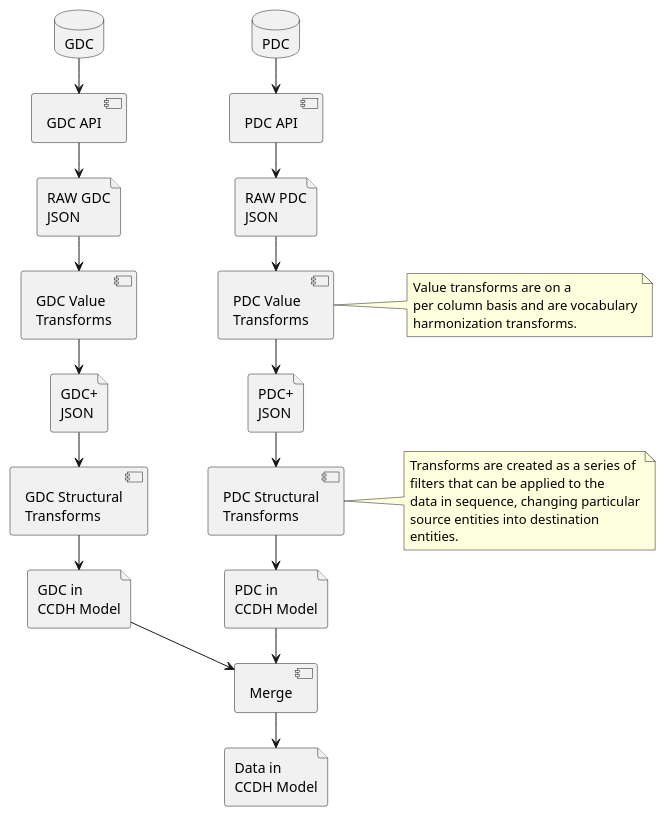
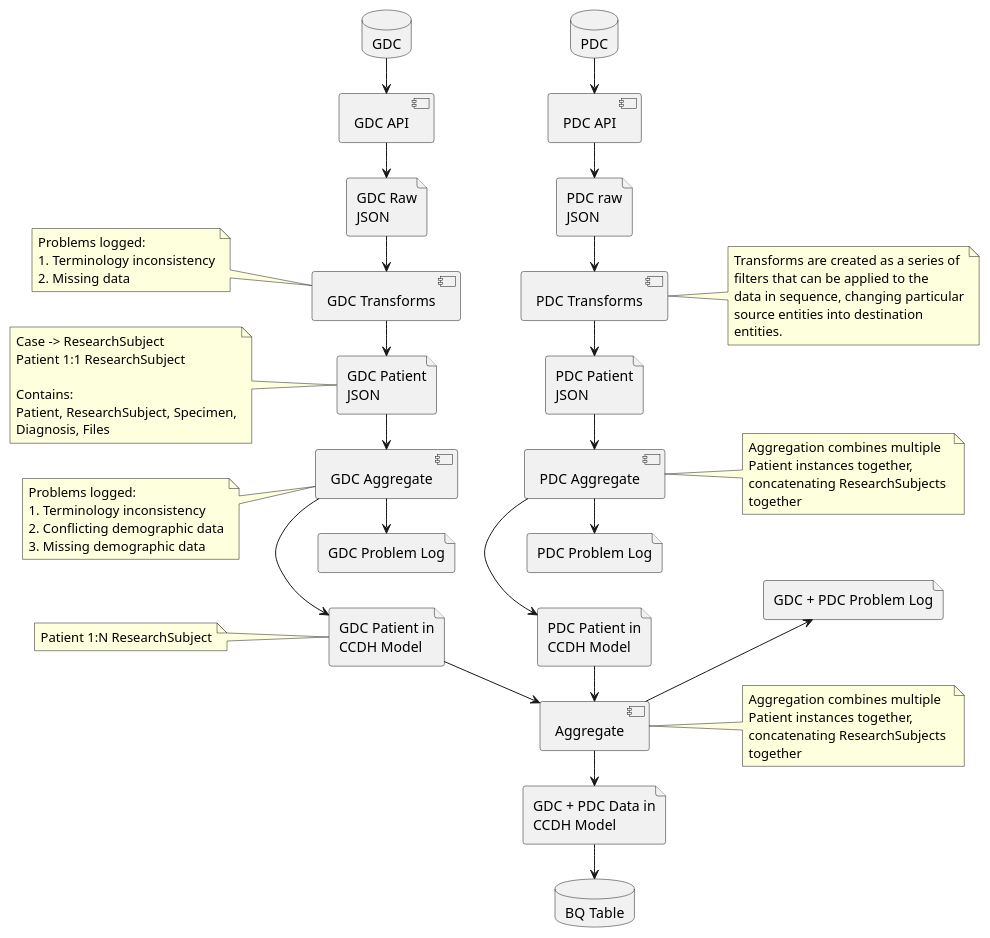
Before and after one commit to CancerDataAggregator/transform: the diagram in flow.puml, drawn with PlantUML. The commit also changed 1 other file, not shown here.

Commit message:
Update ETL flow diagram.

```diff
--- a/flow.puml
+++ b/flow.puml
@@ -1,58 +1,104 @@
 @startuml overallflow
 
 left to right direction
 
 database GDC
 component "GDC API" as gdc_api
-file "RAW GDC\nJSON" as raw_gdc_json
-component "GDC Value\nTransforms" as gdc_val_xform
-file "GDC+\nJSON" as gdc_plus_json
-component "GDC Structural\nTransforms" as gdc_s_xform
-file "GDC in\nCCDH Model" as gdc_cda_model
+file "GDC Raw\nJSON" as raw_gdc_json
+component "GDC Transforms" as gdc_xform
+note left
+Problems logged:
+1. Terminology inconsistency
+2. Missing data
+end note
+file "GDC Patient\nJSON" as gdc_patient_json
+note left
+Case -> ResearchSubject
+Patient 1:1 ResearchSubject
+
+Contains:
+Patient, ResearchSubject, Specimen,
+Diagnosis, Files
+end note
+component "GDC Aggregate" as gdc_aggregate
+note left
+Problems logged:
+1. Terminology inconsistency
+2. Conflicting demographic data
+3. Missing demographic data
+end note
+file "GDC Patient in\nCCDH Model" as gdc_cda_model
+note left
+Patient 1:N ResearchSubject
+end note
+
+file "GDC Problem Log" as gdc_problem_log
 
 GDC -> gdc_api 
 gdc_api -> raw_gdc_json
-raw_gdc_json -> gdc_val_xform 
-gdc_val_xform -> gdc_plus_json
-gdc_plus_json -> gdc_s_xform
-gdc_s_xform -> gdc_cda_model
+raw_gdc_json -> gdc_xform 
+gdc_xform -> gdc_patient_json
+gdc_patient_json -> gdc_aggregate
+gdc_aggregate -> gdc_cda_model
 
+gdc_aggregate -> gdc_problem_log
 
 database PDC
 component "PDC API" as pdc_api
-file "RAW PDC\nJSON" as raw_pdc_json
-component "PDC Value\nTransforms" as pdc_val_xform
-note right
-Value transforms are on a 
-per column basis and are vocabulary
-harmonization transforms.
-end note
-file "PDC+\nJSON" as pdc_plus_json
-component "PDC Structural\nTransforms" as pdc_s_xform
+file "PDC raw\nJSON" as raw_pdc_json
+component "PDC Transforms" as pdc_xform
 note right
 Transforms are created as a series of
 filters that can be applied to the
 data in sequence, changing particular
 source entities into destination
 entities.
 end note
-file "PDC in\nCCDH Model" as pdc_cda_model
+file "PDC Patient\nJSON" as pdc_patient_json
+component "PDC Aggregate" as pdc_aggregate
+note right
+Aggregation combines multiple
+Patient instances together, 
+concatenating ResearchSubjects 
+together
+end note
+file "PDC Patient in\nCCDH Model" as pdc_cda_model
+
+file "PDC Problem Log" as pdc_problem_log
 
 PDC -> pdc_api 
 pdc_api -> raw_pdc_json
-raw_pdc_json -> pdc_val_xform 
-pdc_val_xform -> pdc_plus_json
-pdc_plus_json -> pdc_s_xform
-pdc_s_xform -> pdc_cda_model
+raw_pdc_json -> pdc_xform 
+pdc_xform -> pdc_patient_json
+pdc_patient_json -> pdc_aggregate
+pdc_aggregate -> pdc_cda_model
 
-GDC --[hidden]> PDC
-gdc_cda_model --[hidden]> pdc_cda_model
+pdc_aggregate -> pdc_problem_log
 
-component Merge
+component "Aggregate" as Merge
+note right
+Aggregation combines multiple
+Patient instances together, 
+concatenating ResearchSubjects 
+together
+end note
 gdc_cda_model -> Merge
 pdc_cda_model -> Merge
 
-file "Data in\nCCDH Model" as ccdh_model
+file "GDC + PDC Problem Log" as merge_problem_log
+
+Merge -> merge_problem_log
+
+file "GDC + PDC Data in\nCCDH Model" as ccdh_model
 Merge -> ccdh_model 
 
+database "BQ Table" as bq
+ccdh_model -> bq
+
+' Needed for aligning the diagram
+GDC --[hidden]> PDC
+gdc_cda_model --[hidden]> pdc_cda_model
+gdc_problem_log --[hidden]> pdc_problem_log
+pdc_problem_log --[hidden]> merge_problem_log
+
 @enduml
```
